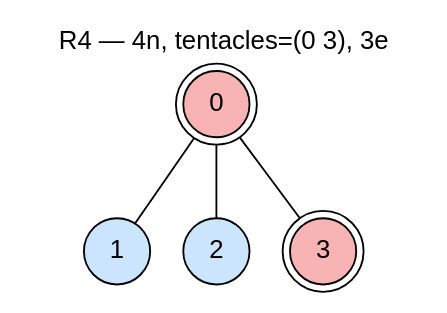
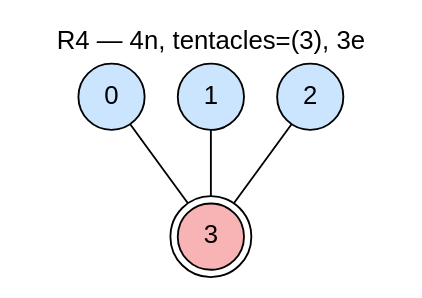
Before and after one commit to lamestllama/hrg-racket: the diagram in elecnet-drawings/R4.dot, drawn with Graphviz. The commit also changed 40 other files, not shown here.

```diff
--- a/elecnet-drawings/R4.dot
+++ b/elecnet-drawings/R4.dot
@@ -1,13 +1,13 @@
 graph rule {
-  label="R4 — 4n, tentacles=(0 3), 3e";
+  label="R4 — 4n, tentacles=(3), 3e";
   labelloc=t;
   fontname=Helvetica;
   node [fontname=Helvetica];
-  n0 [label="0", style=filled, fillcolor="#f8b4b4", shape=doublecircle];
+  n0 [label="0", style=filled, fillcolor="#cce5ff", shape=circle];
   n1 [label="1", style=filled, fillcolor="#cce5ff", shape=circle];
   n2 [label="2", style=filled, fillcolor="#cce5ff", shape=circle];
   n3 [label="3", style=filled, fillcolor="#f8b4b4", shape=doublecircle];
-  n0 -- n1;
-  n0 -- n2;
   n0 -- n3;
+  n1 -- n3;
+  n2 -- n3;
 }
```
